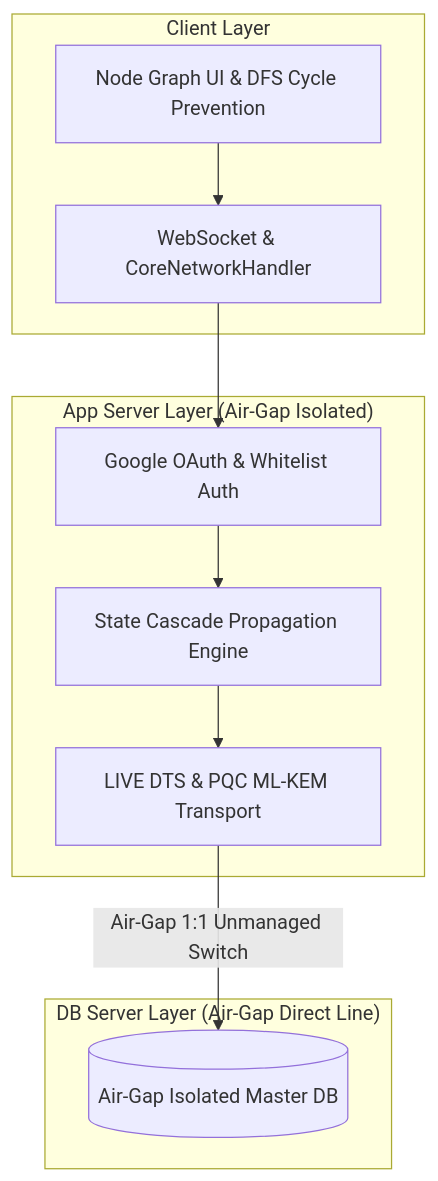
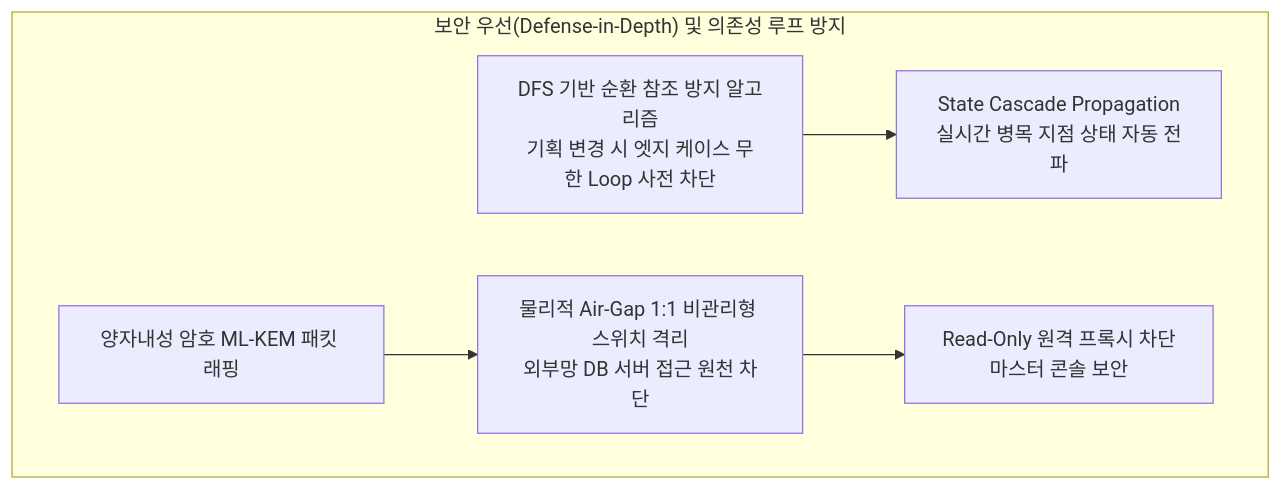
The diagram in Portfolio/TaskBoard/content.md (phal5/XSBD-WebPortfolio), drawn with Mermaid before and after one commit. The commit also changed 11 other files, not shown here.

````diff
--- a/Portfolio/TaskBoard/content.md
+++ b/Portfolio/TaskBoard/content.md
@@ -37,14 +37,8 @@
 ```mermaid
 graph TD
-    subgraph "Client Layer"
-        UI[Node Graph UI & DFS Cycle Prevention] --> Socket[WebSocket & CoreNetworkHandler]
-    end
-    subgraph "App Server Layer (Air-Gap Isolated)"
-        Socket --> Auth[Google OAuth & Whitelist Auth]
-        Auth --> State[State Cascade Propagation Engine]
-        State --> PQC[LIVE DTS & PQC ML-KEM Transport]
-    end
-    subgraph "DB Server Layer (Air-Gap Direct Line)"
-        PQC -->|Air-Gap 1:1 Unmanaged Switch| DB[(Air-Gap Isolated Master DB)]
+    subgraph "보안 우선(Defense-in-Depth) 및 의존성 루프 방지"
+        DFS[DFS 기반 순환 참조 방지 알고리즘<br/>기획 변경 시 엣지 케이스 무한 Loop 사전 차단] --> Cascade[State Cascade Propagation<br/>실시간 병목 지점 상태 자동 전파]
+        PQC[양자내성 암호 ML-KEM 패킷 래핑] --> AirGap[물리적 Air-Gap 1:1 비관리형 스위치 격리<br/>외부망 DB 서버 접근 원천 차단]
+        AirGap --> UI[Read-Only 원격 프록시 차단<br/>마스터 콘솔 보안]
     end
 ```
````
